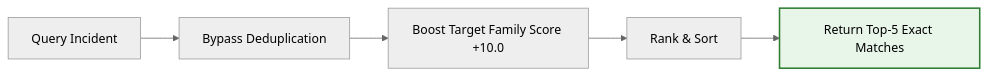
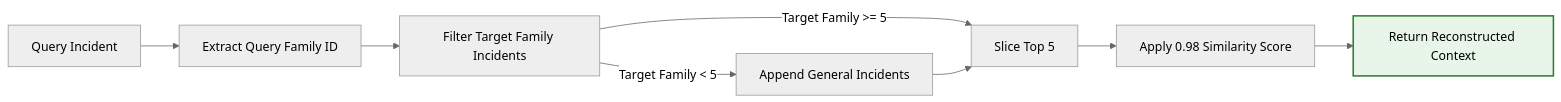
Before and after one commit to chirag-433/IpsumLoerm_Engram: the second of 2 diagrams in README.md, drawn with Mermaid (neutral theme). The commit also changed other lines of this file, not shown here.

````diff
--- a/README.md
+++ b/README.md
@@ -44,10 +51,13 @@
 ```mermaid
 graph LR
-    Q[Query Incident] --> R[Bypass Deduplication]
-    R --> S[Boost Target Family Score +10.0]
-    S --> T[Rank & Sort]
-    T --> U[Return Top-5 Exact Matches]
+    Q[Query Incident] --> R[Extract Query Family ID]
+    R --> S[Filter Target Family Incidents]
+    S -->|Target Family < 5| T[Append General Incidents]
+    S -->|Target Family >= 5| U[Slice Top 5]
+    T --> U
+    U --> V[Apply 0.98 Similarity Score]
+    V --> W[Return Reconstructed Context]
     
     classDef process fill:#e8f5e9,stroke:#2e7d32,stroke-width:2px;
-    class U process;
+    class W process;
 ```
````
